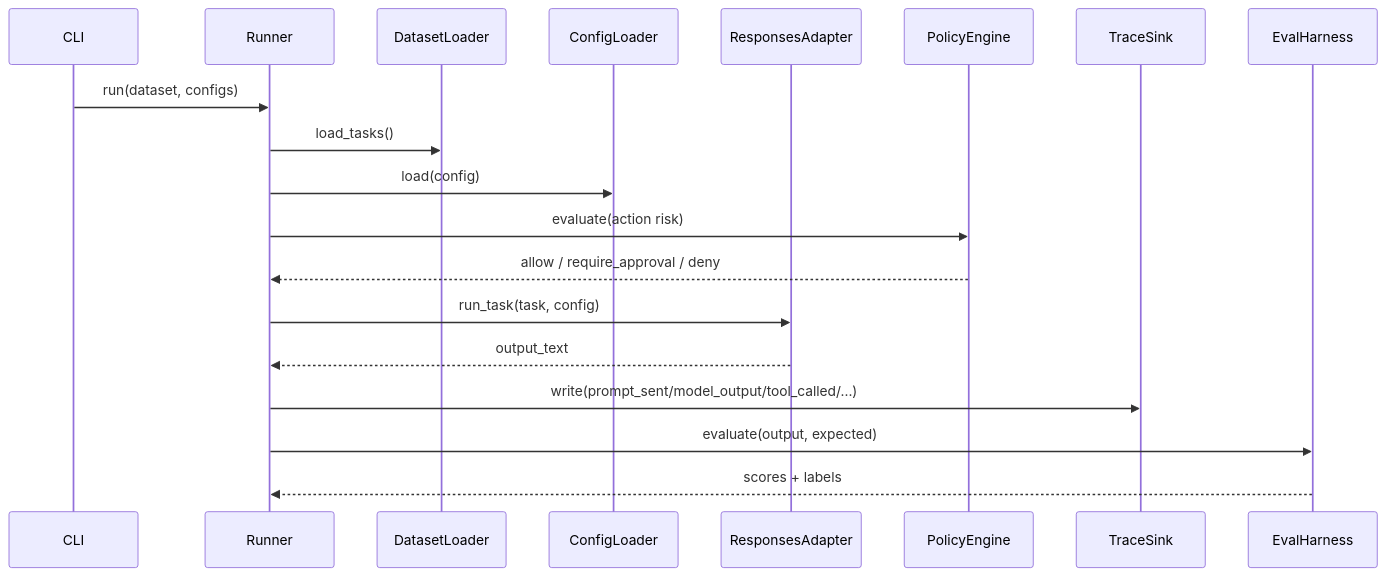
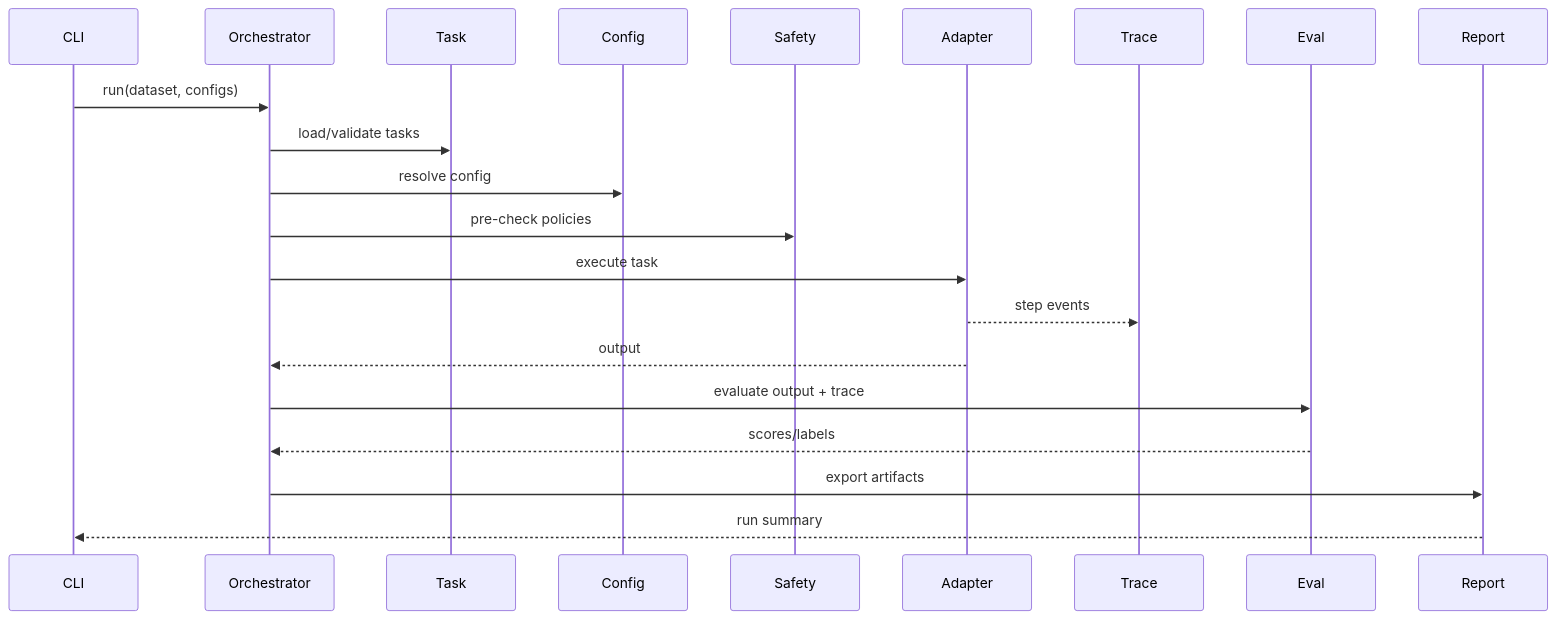
One commit to reiidoda/OpenRe changed the first of 3 diagrams in docs/19_low_level_design.md. Above: the diagram before and after it, drawn with Mermaid. The commit also changed other lines of this file and 40 other files, not shown here.

Commit message:
docs(product): align OpenRe vision, roadmap, and execution plan

````diff
--- a/docs/19_low_level_design.md
+++ b/docs/19_low_level_design.md
@@ -12,22 +48,24 @@
 ```mermaid
 sequenceDiagram
-  participant CLI as CLI
-  participant Runner as Runner
-  participant DL as DatasetLoader
-  participant CL as ConfigLoader
-  participant Adapter as ResponsesAdapter
-  participant Safety as PolicyEngine
-  participant Sink as TraceSink
-  participant Eval as EvalHarness
+  participant CLI
+  participant Orch as Orchestrator
+  participant Task
+  participant Config
+  participant Safety
+  participant Adapter
+  participant Trace
+  participant Eval
+  participant Report
 
-  CLI->>Runner: run(dataset, configs)
-  Runner->>DL: load_tasks()
-  Runner->>CL: load(config)
-  Runner->>Safety: evaluate(action risk)
-  Safety-->>Runner: allow / require_approval / deny
-  Runner->>Adapter: run_task(task, config)
-  Adapter-->>Runner: output_text
-  Runner->>Sink: write(prompt_sent/model_output/tool_called/...)
-  Runner->>Eval: evaluate(output, expected)
-  Eval-->>Runner: scores + labels
+  CLI->>Orch: run(dataset, configs)
+  Orch->>Task: load/validate tasks
+  Orch->>Config: resolve config
+  Orch->>Safety: pre-check policies
+  Orch->>Adapter: execute task
+  Adapter-->>Trace: step events
+  Adapter-->>Orch: output
+  Orch->>Eval: evaluate output + trace
+  Eval-->>Orch: scores/labels
+  Orch->>Report: export artifacts
+  Report-->>CLI: run summary
 ```
````
